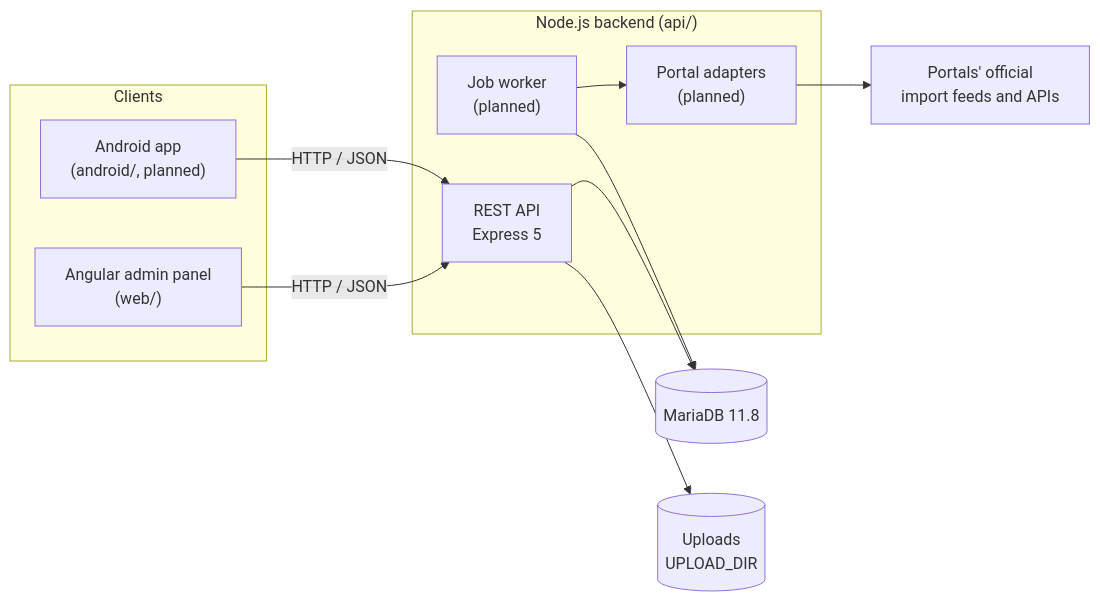
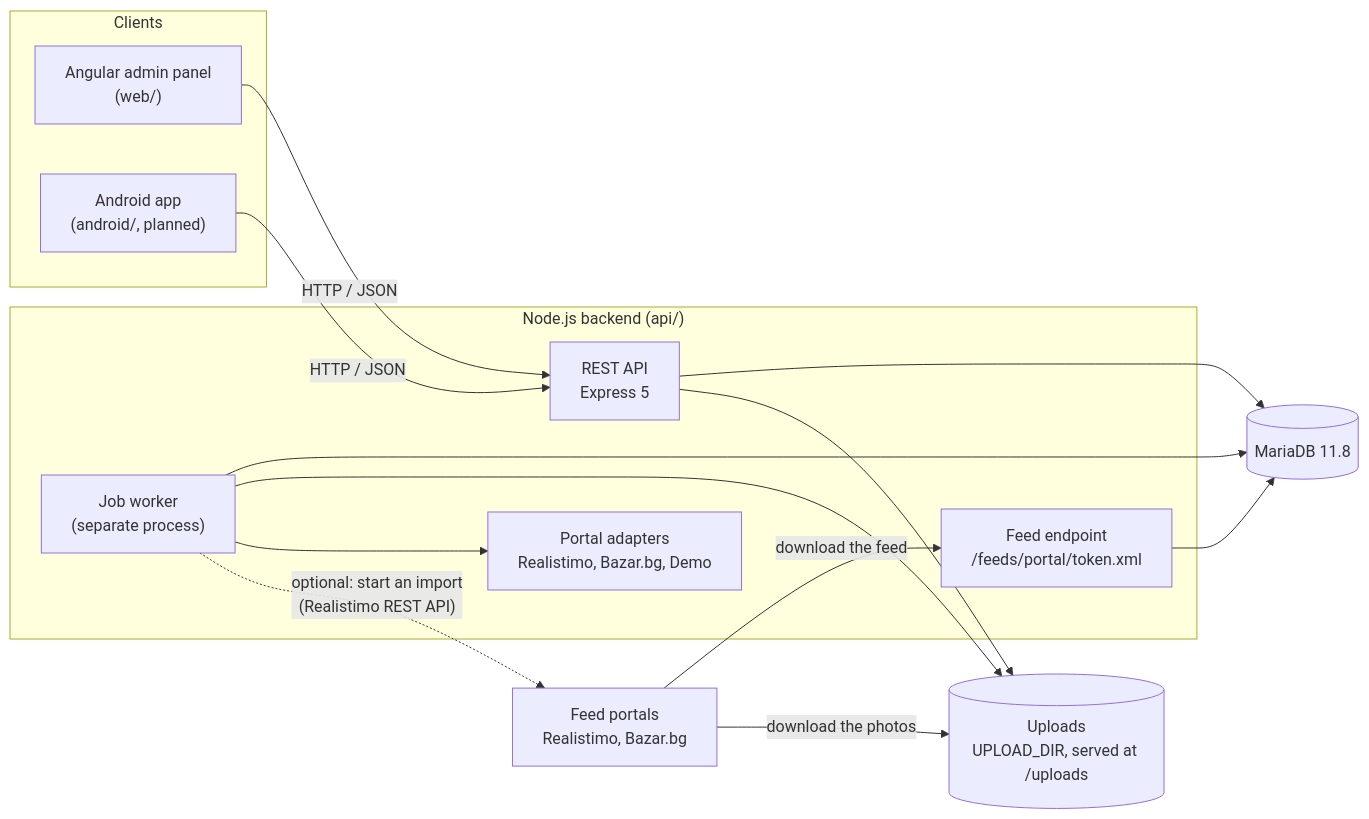
Before and after one commit to DiyanskiTY/imotsync: the first of 6 diagrams in docs/architecture.md, drawn with Mermaid. The commit also changed other lines of this file and 127 other files, not shown here.

Commit message:
publishing worker, portal adapters and feeds (api v0.3.0)

````diff
--- a/docs/architecture.md
+++ b/docs/architecture.md
@@ -7,23 +7,28 @@
 ```mermaid
 flowchart LR
     subgraph Clients
         WEB["Angular admin panel<br/>(web/)"]
         AND["Android app<br/>(android/, planned)"]
     end
     subgraph Server["Node.js backend (api/)"]
         API["REST API<br/>Express 5"]
-        WRK["Job worker<br/>(planned)"]
-        ADP["Portal adapters<br/>(planned)"]
+        FEED["Feed endpoint<br/>/feeds/portal/token.xml"]
+        WRK["Job worker<br/>(separate process)"]
+        ADP["Portal adapters<br/>Realistimo, Bazar.bg, Demo"]
     end
     DB[("MariaDB 11.8")]
-    FS[("Uploads<br/>UPLOAD_DIR")]
-    PORTALS["Portals' official<br/>import feeds and APIs"]
+    FS[("Uploads<br/>UPLOAD_DIR, served at /uploads")]
+    FP["Feed portals<br/>Realistimo, Bazar.bg"]
 
     WEB -- "HTTP / JSON" --> API
     AND -- "HTTP / JSON" --> API
     API --> DB
     API --> FS
+    FEED --> DB
     WRK --> DB
+    WRK --> FS
     WRK --> ADP
-    ADP --> PORTALS
+    FP -- "download the feed" --> FEED
+    FP -- "download the photos" --> FS
+    WRK -. "optional: start an import<br/>(Realistimo REST API)" .-> FP
 ```
````
